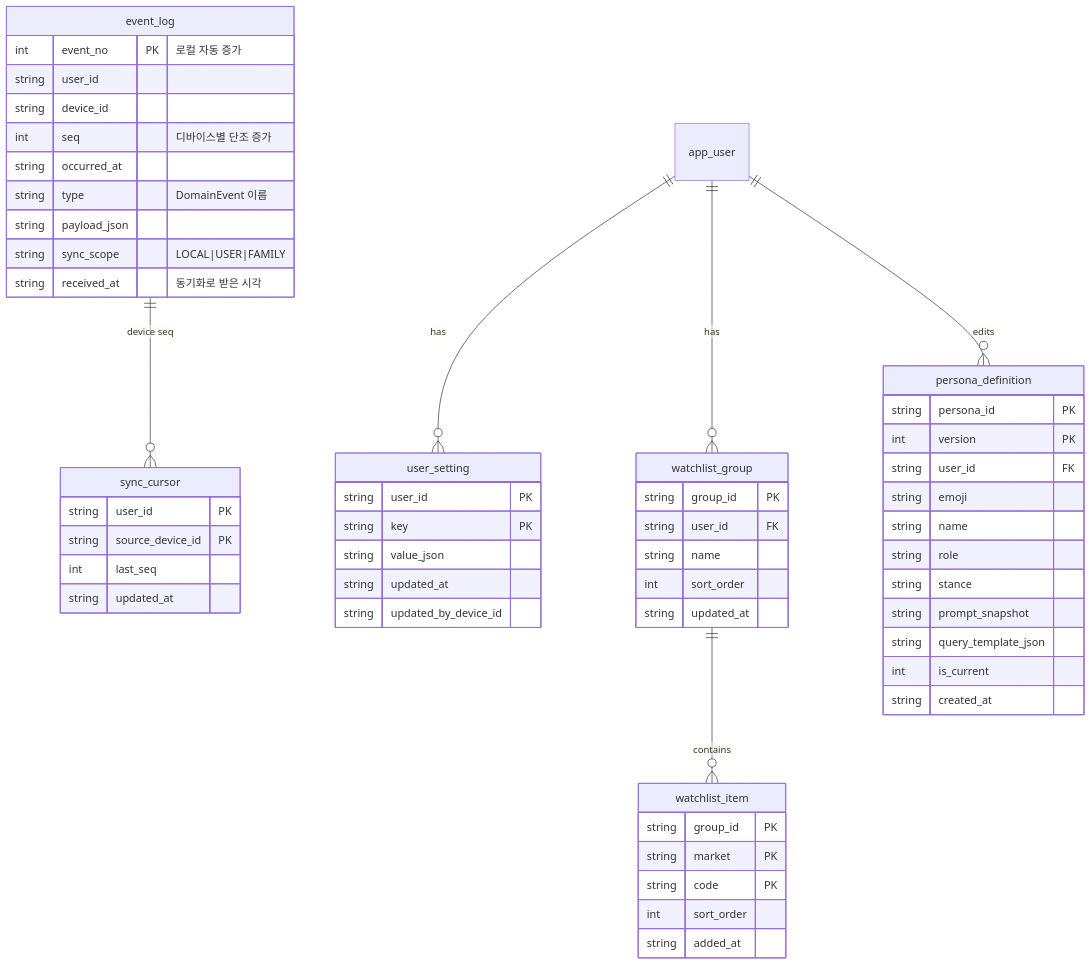
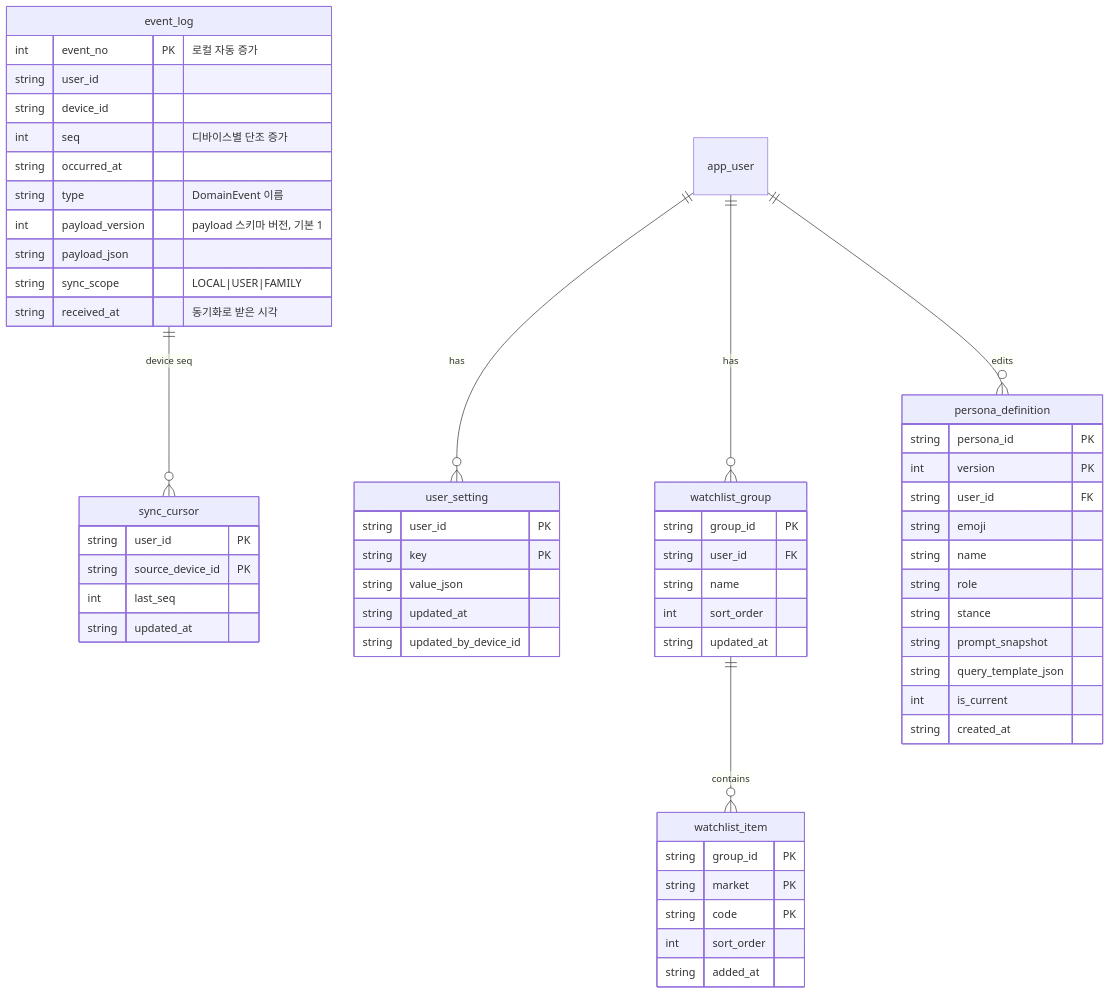
One commit to lyvius2/stockholm changed the second of 8 diagrams in docs/DB_SCHEMA.md. Above: the diagram before and after it, drawn with Mermaid. The commit also changed other lines of this file and 40 other files, not shown here.

````diff
--- a/docs/DB_SCHEMA.md
+++ b/docs/DB_SCHEMA.md
@@ -228,60 +228,61 @@
 ```mermaid
 erDiagram
   event_log ||--o{ sync_cursor : "device seq"
   app_user ||--o{ user_setting : has
   app_user ||--o{ watchlist_group : has
   watchlist_group ||--o{ watchlist_item : contains
   app_user ||--o{ persona_definition : edits
 
   event_log {
     int event_no PK "로컬 자동 증가"
     string user_id
     string device_id
     int seq "디바이스별 단조 증가"
     string occurred_at
     string type "DomainEvent 이름"
+    int payload_version "payload 스키마 버전, 기본 1"
     string payload_json
     string sync_scope "LOCAL|USER|FAMILY"
     string received_at "동기화로 받은 시각"
   }
   sync_cursor {
     string user_id PK
     string source_device_id PK
     int last_seq
     string updated_at
   }
   user_setting {
     string user_id PK
     string key PK
     string value_json
     string updated_at
     string updated_by_device_id
   }
   watchlist_group {
     string group_id PK
     string user_id FK
     string name
     int sort_order
     string updated_at
   }
   watchlist_item {
     string group_id PK
     string market PK
     string code PK
     int sort_order
     string added_at
   }
   persona_definition {
     string persona_id PK
     int version PK
     string user_id FK
     string emoji
     string name
     string role
     string stance
     string prompt_snapshot
     string query_template_json
     int is_current
     string created_at
   }
 ```
````
